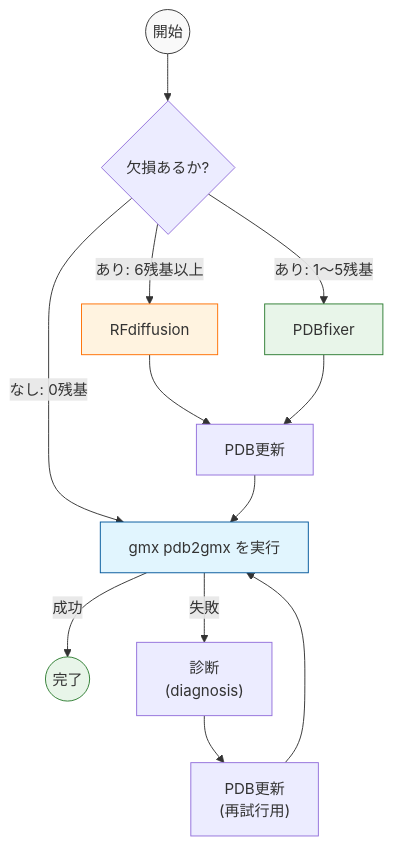
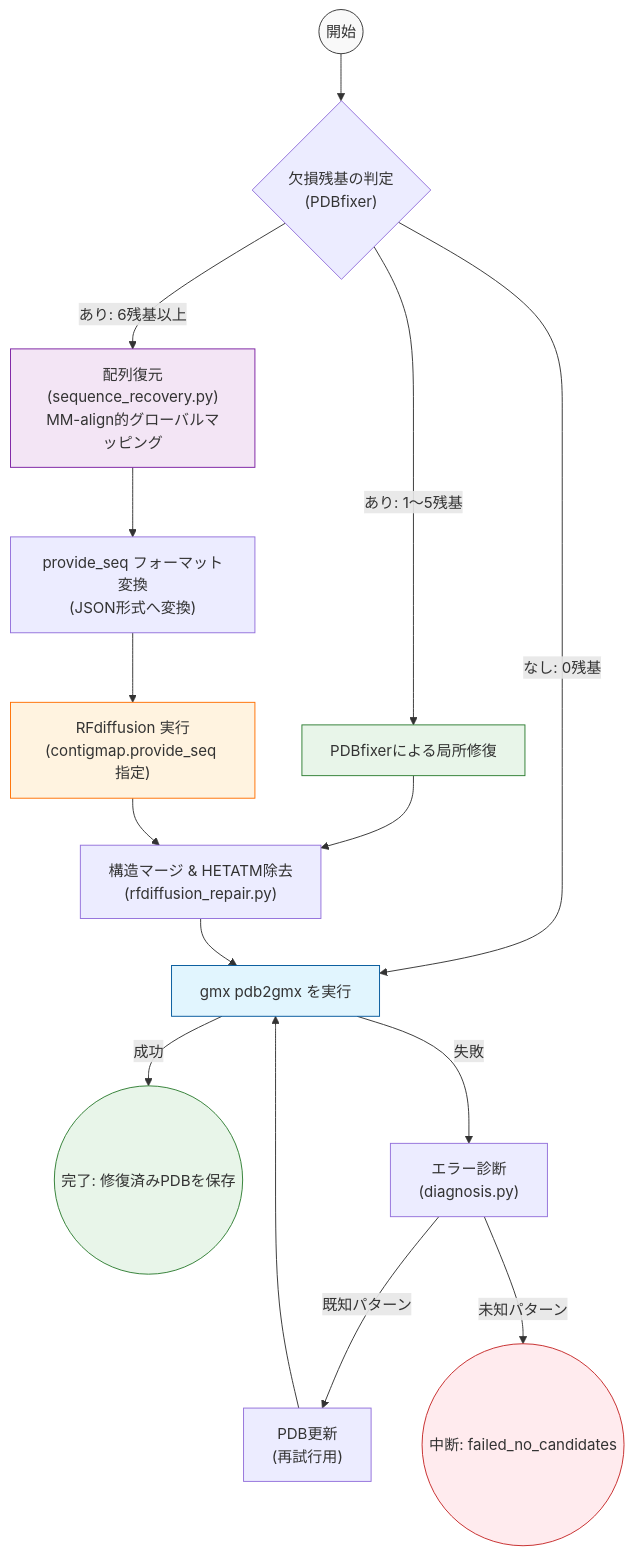
The first of 3 diagrams in README.md (nakamura26002002921-a11y/gromacs_recovery), drawn with Mermaid before and after one commit. The commit also changed other lines of this file, not shown here.

````diff
--- a/README.md
+++ b/README.md
@@ -9,25 +9,32 @@
 ```mermaid
 graph TD
-    Start(("開始")) --> Check{"欠損あるか?"}
+    Start(("開始")) --> Check{"欠損残基の判定<br>(PDBfixer)"}
     
-    Check -->|あり: 6残基以上| A["RFdiffusion"]
-    Check -->|あり: 1〜5残基| B["PDBfixer"]
-    Check -->|なし: 0残基| D["gmx pdb2gmx を実行"]
+    Check -->|あり: 6残基以上| SeqRec["配列復元<br>(sequence_recovery.py)<br>MM-align的グローバルマッピング"]
+    Check -->|あり: 1〜5残基| PDBFix["PDBfixerによる局所修復"]
+    Check -->|なし: 0残基| RunGmx["gmx pdb2gmx を実行"]
     
-    A --> G["PDB更新"]
-    B --> G
+    SeqRec --> FormatSeq["provide_seq フォーマット変換<br>(JSON形式へ変換)"]
+    FormatSeq --> RFDiff["RFdiffusion 実行<br>(contigmap.provide_seq 指定)"]
     
-    G --> D
+    PDBFix --> Merge["構造マージ & HETATM除去<br>(rfdiffusion_repair.py)"]
+    RFDiff --> Merge
     
-    D -->|成功| End(("完了"))
-    D -->|失敗| E["診断<br>(diagnosis)"]
+    Merge --> RunGmx
     
-    E --> F["PDB更新<br>(再試行用)"]
-    F --> D
+    RunGmx -->|成功| Save(("完了: 修復済みPDBを保存"))
+    RunGmx -->|失敗| Diag["エラー診断<br>(diagnosis.py)"]
+    
+    Diag -->|既知パターン| Update["PDB更新<br>(再試行用)"]
+    Diag -->|未知パターン| Fail(("中断: failed_no_candidates"))
+    
+    Update --> RunGmx
 
     style Start fill:#f9f9f9,stroke:#333
-    style D fill:#e1f5fe,stroke:#01579b
-    style A fill:#fff3e0,stroke:#ff6f00
-    style B fill:#e8f5e9,stroke:#2e7d32
-    style End fill:#e8f5e9,stroke:#2e7d32
+    style RunGmx fill:#e1f5fe,stroke:#01579b
+    style RFDiff fill:#fff3e0,stroke:#ff6f00
+    style PDBFix fill:#e8f5e9,stroke:#2e7d32
+    style SeqRec fill:#f3e5f5,stroke:#7b1fa2
+    style Save fill:#e8f5e9,stroke:#2e7d32
+    style Fail fill:#ffebee,stroke:#c62828
 ```
````
